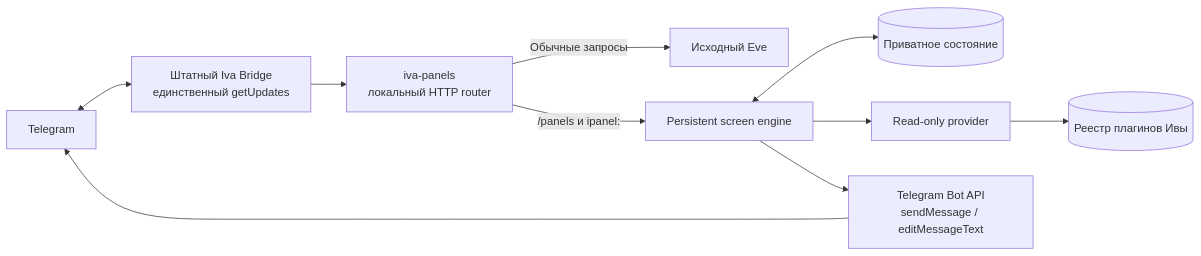
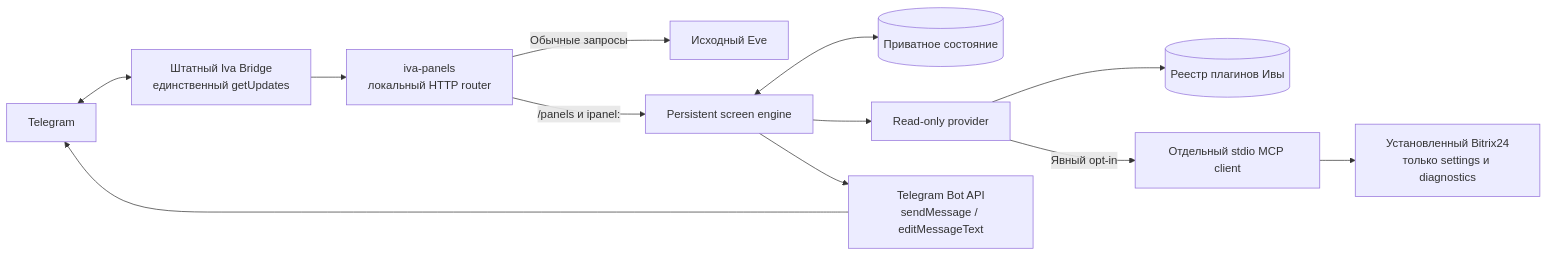
The first of 2 diagrams in docs/ARCHITECTURE.md (mamysh/iva-panels), drawn with Mermaid before and after one commit. The commit also changed other lines of this file and 19 other files, not shown here.

Commit message:
feat: add opt-in read-only Bitrix24 settings panels

````diff
--- a/docs/ARCHITECTURE.md
+++ b/docs/ARCHITECTURE.md
@@ -5,15 +5,18 @@
 ```mermaid
 flowchart LR
     T[Telegram] <--> B[Штатный Iva Bridge
 единственный getUpdates]
     B --> R[iva-panels
 локальный HTTP router]
     R -->|Обычные запросы| E[Исходный Eve]
     R -->|/panels и ipanel:| S[Persistent screen engine]
     S <--> D[(Приватное состояние)]
     S --> P[Read-only provider]
     P --> I[(Реестр плагинов Ивы)]
+    P -->|Явный opt-in| C[Отдельный stdio MCP client]
+    C --> X[Установленный Bitrix24
+только settings и diagnostics]
     S --> A[Telegram Bot API
 sendMessage / editMessageText]
     A --> T
 ```
````
